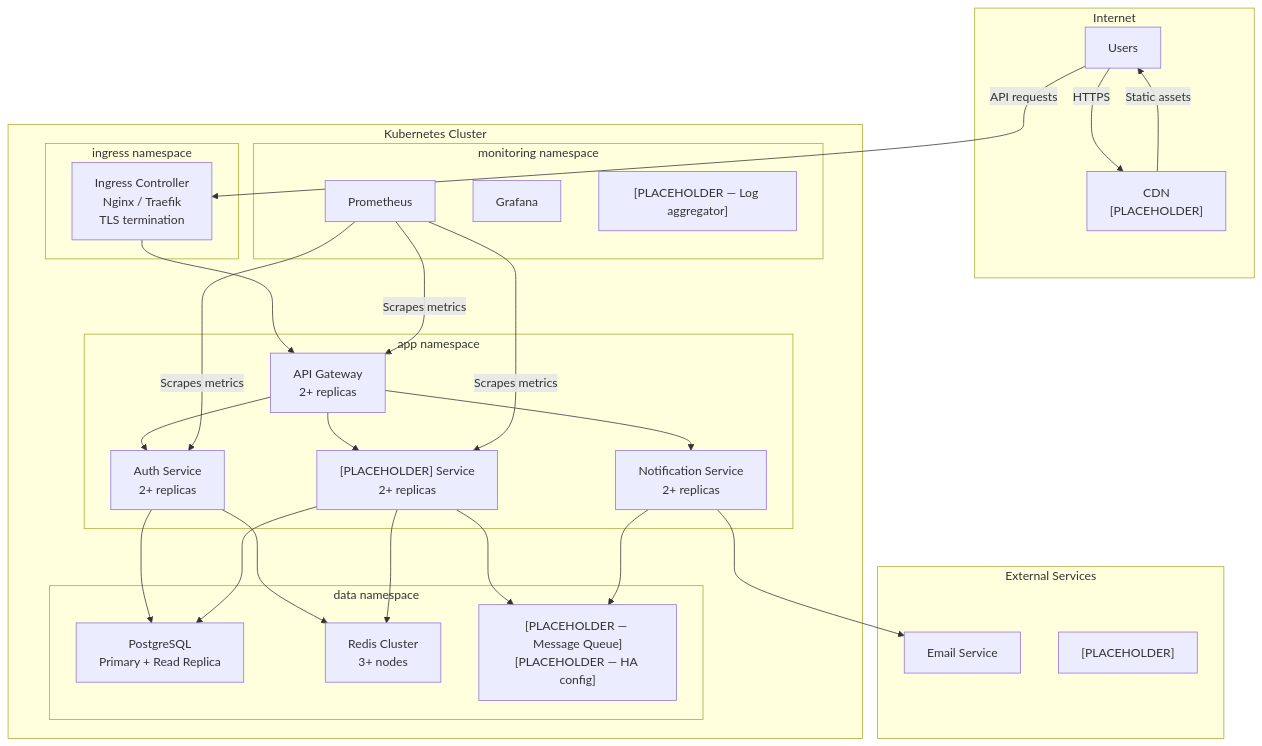
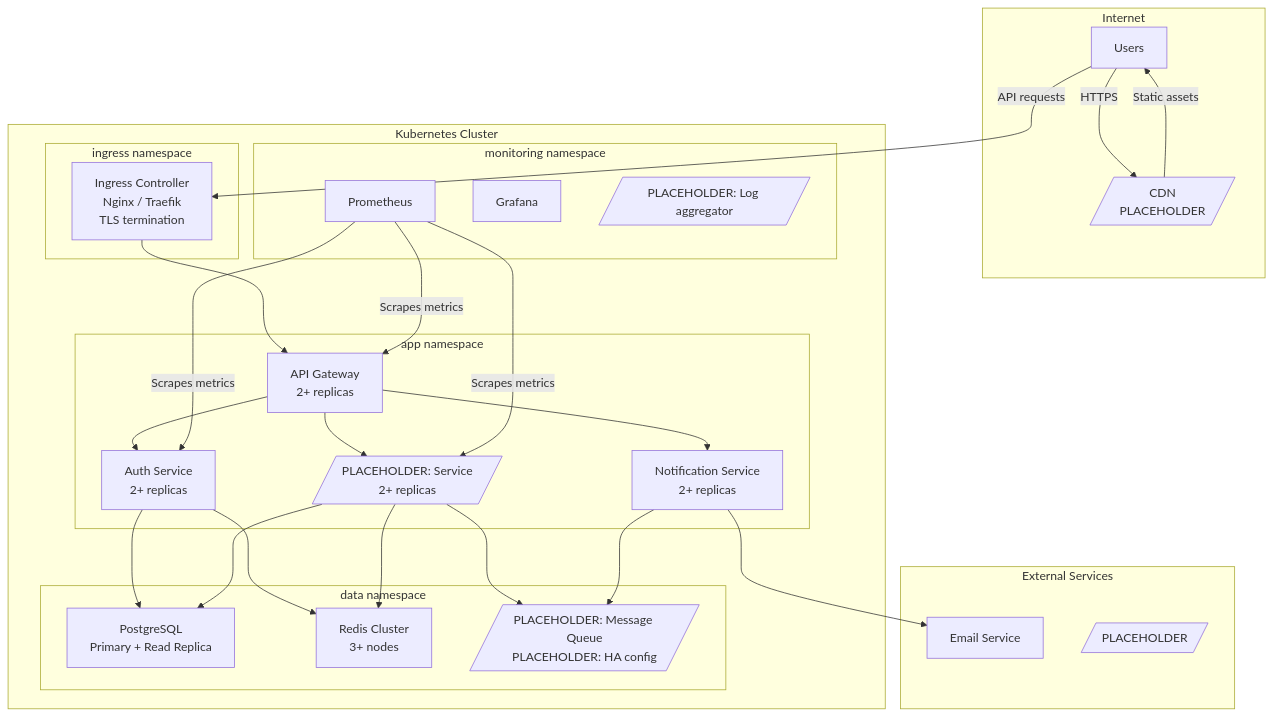
One commit to tonylnng/gateforge-blueprint-template changed the eighth of 8 diagrams in architecture/technical-architecture.md. Above: the diagram before and after it, drawn with Mermaid. The commit also changed other lines of this file and 17 other files, not shown here.

````diff
--- a/architecture/technical-architecture.md
+++ b/architecture/technical-architecture.md
@@ -307,55 +357,57 @@
 ```mermaid
+%% Title: Deployment Architecture (K8s topology)
+%% Type:  flowchart
 flowchart TD
     subgraph "Internet"
         Users["Users"]
-        CDN["CDN\n[PLACEHOLDER]"]
+        CDN[/"CDN<br/>PLACEHOLDER"/]
     end
 
     subgraph "Kubernetes Cluster"
         subgraph "ingress namespace"
-            Ingress["Ingress Controller\nNginx / Traefik\nTLS termination"]
+            Ingress["Ingress Controller<br/>Nginx / Traefik<br/>TLS termination"]
         end
 
         subgraph "app namespace"
-            GW["API Gateway\n2+ replicas"]
-            Auth["Auth Service\n2+ replicas"]
-            Core["[PLACEHOLDER] Service\n2+ replicas"]
-            Notif["Notification Service\n2+ replicas"]
+            GW["API Gateway<br/>2+ replicas"]
+            Auth["Auth Service<br/>2+ replicas"]
+            Core[/"PLACEHOLDER: Service<br/>2+ replicas"/]
+            Notif["Notification Service<br/>2+ replicas"]
         end
 
         subgraph "data namespace"
-            PG["PostgreSQL\nPrimary + Read Replica"]
-            Redis["Redis Cluster\n3+ nodes"]
-            MQ["[PLACEHOLDER — Message Queue]\n[PLACEHOLDER — HA config]"]
+            PG["PostgreSQL<br/>Primary + Read Replica"]
+            Redis["Redis Cluster<br/>3+ nodes"]
+            MQ[/"PLACEHOLDER: Message Queue<br/>PLACEHOLDER: HA config"/]
         end
 
         subgraph "monitoring namespace"
             Prom["Prometheus"]
             Grafana["Grafana"]
-            Loki["[PLACEHOLDER — Log aggregator]"]
+            Loki[/"PLACEHOLDER: Log aggregator"/]
         end
     end
 
     subgraph "External Services"
         EmailExt["Email Service"]
-        PaymentExt["[PLACEHOLDER]"]
+        PaymentExt[/"PLACEHOLDER"/]
     end
 
     Users -->|"HTTPS"| CDN
     CDN -->|"Static assets"| Users
     Users -->|"API requests"| Ingress
     Ingress --> GW
     GW --> Auth
     GW --> Core
     GW --> Notif
     Auth --> PG
     Auth --> Redis
     Core --> PG
     Core --> Redis
     Core --> MQ
     Notif --> MQ
     Notif --> EmailExt
     Prom -->|"Scrapes metrics"| GW
     Prom -->|"Scrapes metrics"| Auth
     Prom -->|"Scrapes metrics"| Core
 ```
````
